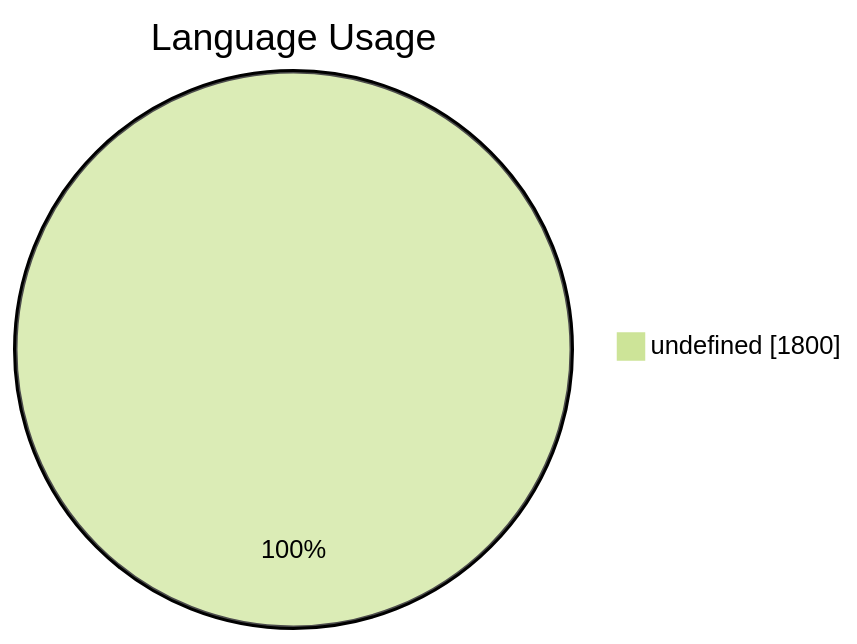
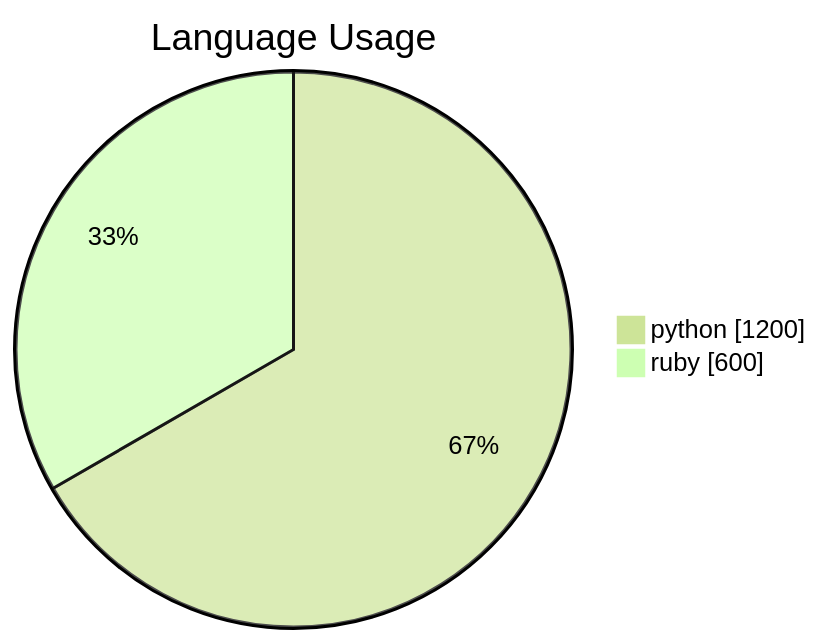
One commit to austenstone/copilot-usage changed the third of 4 diagrams in __tests__/mock/org-usage-summary.md. Above: the diagram before and after it, drawn with Mermaid (forest theme). The commit also changed other lines of this file and 12 other files, not shown here.

````diff
--- a/__tests__/mock/org-usage-summary.md
+++ b/__tests__/mock/org-usage-summary.md
@@ -117,5 +47,6 @@
 ```mermaid
 pie showData
 title Language Usage
-    "undefined" : 1800
+    "python" : 1200
+"ruby" : 600
 ```
````
